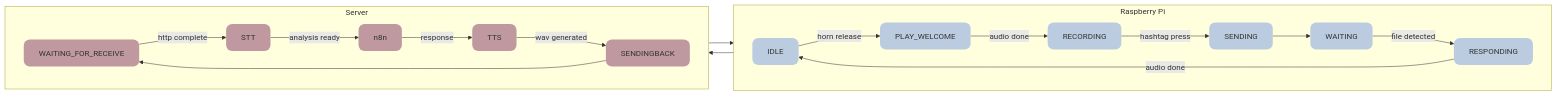
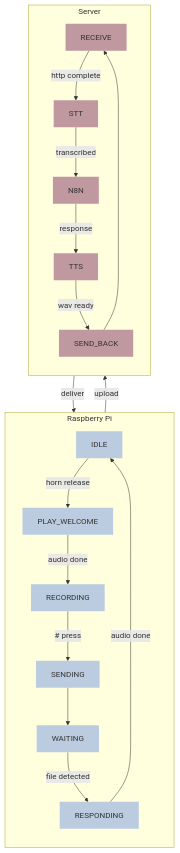
Before and after one commit to basbaccarne/echoes-of-tomorrow: the diagram in README.md, drawn with Mermaid.

Commit message:
mermaid update

````diff
--- a/README.md
+++ b/README.md
@@ -60,27 +60,28 @@
 ```mermaid
-graph LR
-    classDef pi fill:#BCCCE0,stroke-width:0px,rx:12,ry:12
-    classDef server fill:#BF98A0,stroke-width:0px,rx:12,ry:12
+flowchart TB
+    classDef pi     fill:#BCCCE0,stroke-width:0
+    classDef server fill:#BF98A0,stroke-width:0
 
-    subgraph Raspberry Pi
-        direction LR
-        IDLE:::pi -->|horn release| PLAY_WELCOME:::pi
-        PLAY_WELCOME -->|audio done| RECORDING:::pi
-        RECORDING -->|hashtag press| SENDING:::pi
-        SENDING --> WAITING:::pi
-        WAITING -->|file detected| RESPONDING:::pi
-        RESPONDING -->|audio done| IDLE
+    subgraph Pi ["Raspberry Pi"]
+        direction TB
+        IDLE:::pi-->|horn release| PLAY_WELCOME:::pi
+        PLAY_WELCOME     -->|audio done| RECORDING:::pi
+        RECORDING        -->|# press| SENDING:::pi
+        SENDING          --> WAITING:::pi
+        WAITING          -->|file detected| RESPONDING:::pi
+        RESPONDING:::pi  -->|audio done| IDLE
     end
 
-    subgraph Server
-        direction LR
-        WAITING_FOR_RECEIVE:::server -->|http complete| STT:::server
-        STT -->|analysis ready| n8n:::server
-        n8n -->|response| TTS:::server
-        TTS -->|wav generated| SENDINGBACK:::server
-        SENDINGBACK --> WAITING_FOR_RECEIVE
+    subgraph Srv ["Server"]
+        direction TB
+        RECEIVE:::server -->|http complete| STT:::server
+        STT              -->|transcribed| N8N:::server
+        N8N              -->|response| TTS:::server
+        TTS              -->|wav ready| SEND_BACK:::server
+        SEND_BACK        --> RECEIVE
     end
 
-    SENDING --> WAITING_FOR_RECEIVE
-    SENDINGBACK --> WAITING
+    SENDING   -->|upload| RECEIVE
+    SEND_BACK -->|deliver| WAITING
+
 ```
````
